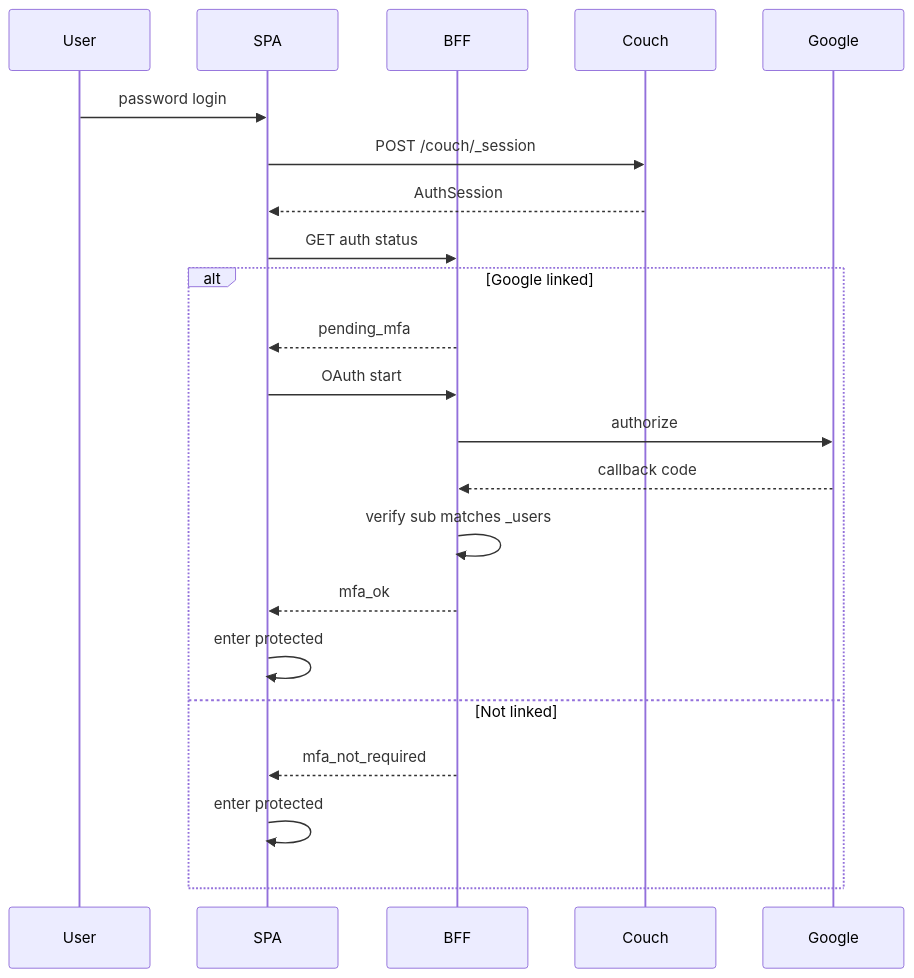
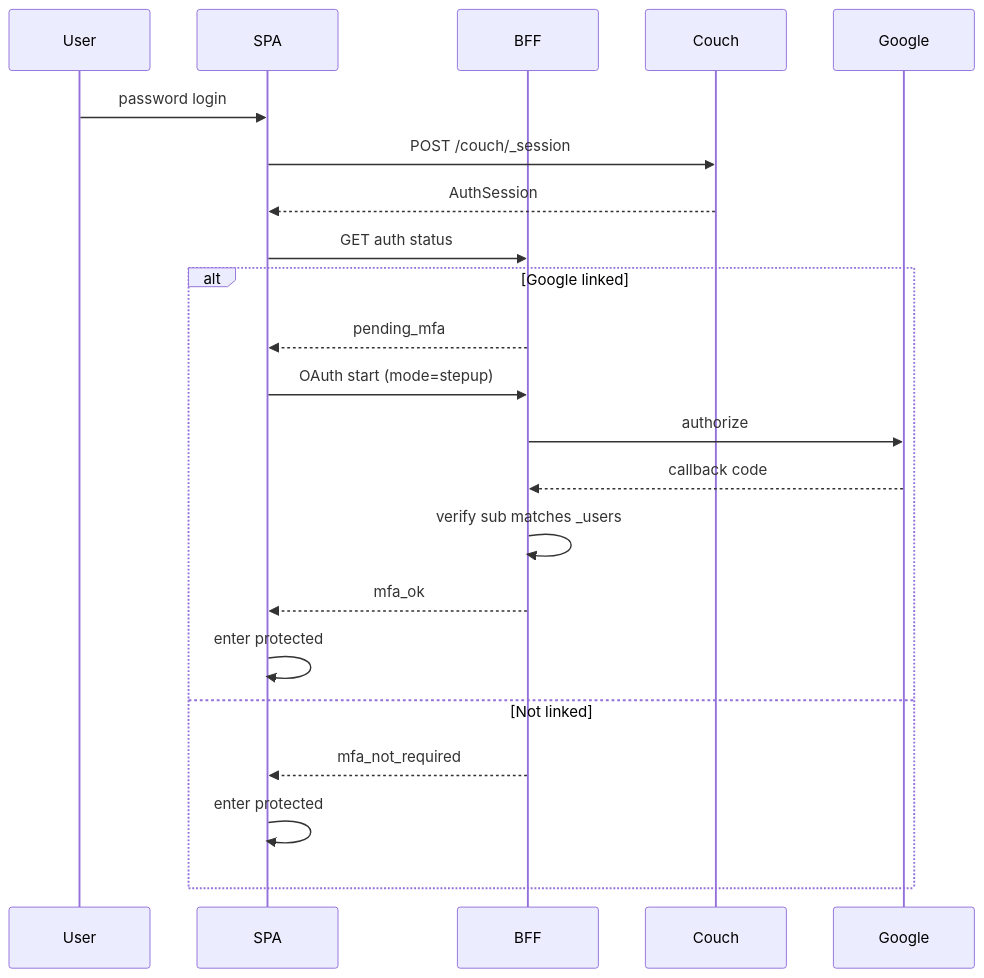
Before and after one commit to r202-coe-psu/tent: the first of 2 diagrams in docs/changes/CR-124-staff-google-stepup-mfa.md, drawn with Mermaid. The commit also changed other lines of this file and 41 other files, not shown here.

````diff
--- a/docs/changes/CR-124-staff-google-stepup-mfa.md
+++ b/docs/changes/CR-124-staff-google-stepup-mfa.md
@@ -56,25 +62,25 @@
 ```mermaid
 sequenceDiagram
   participant User
   participant SPA
   participant BFF
   participant Couch
   participant Google
 
   User->>SPA: password login
   SPA->>Couch: POST /couch/_session
   Couch-->>SPA: AuthSession
   SPA->>BFF: GET auth status
   alt Google linked
     BFF-->>SPA: pending_mfa
-    SPA->>BFF: OAuth start
+    SPA->>BFF: OAuth start (mode=stepup)
     BFF->>Google: authorize
     Google-->>BFF: callback code
     BFF->>BFF: verify sub matches _users
     BFF-->>SPA: mfa_ok
     SPA->>SPA: enter protected
   else Not linked
     BFF-->>SPA: mfa_not_required
     SPA->>SPA: enter protected
   end
 ```
````
